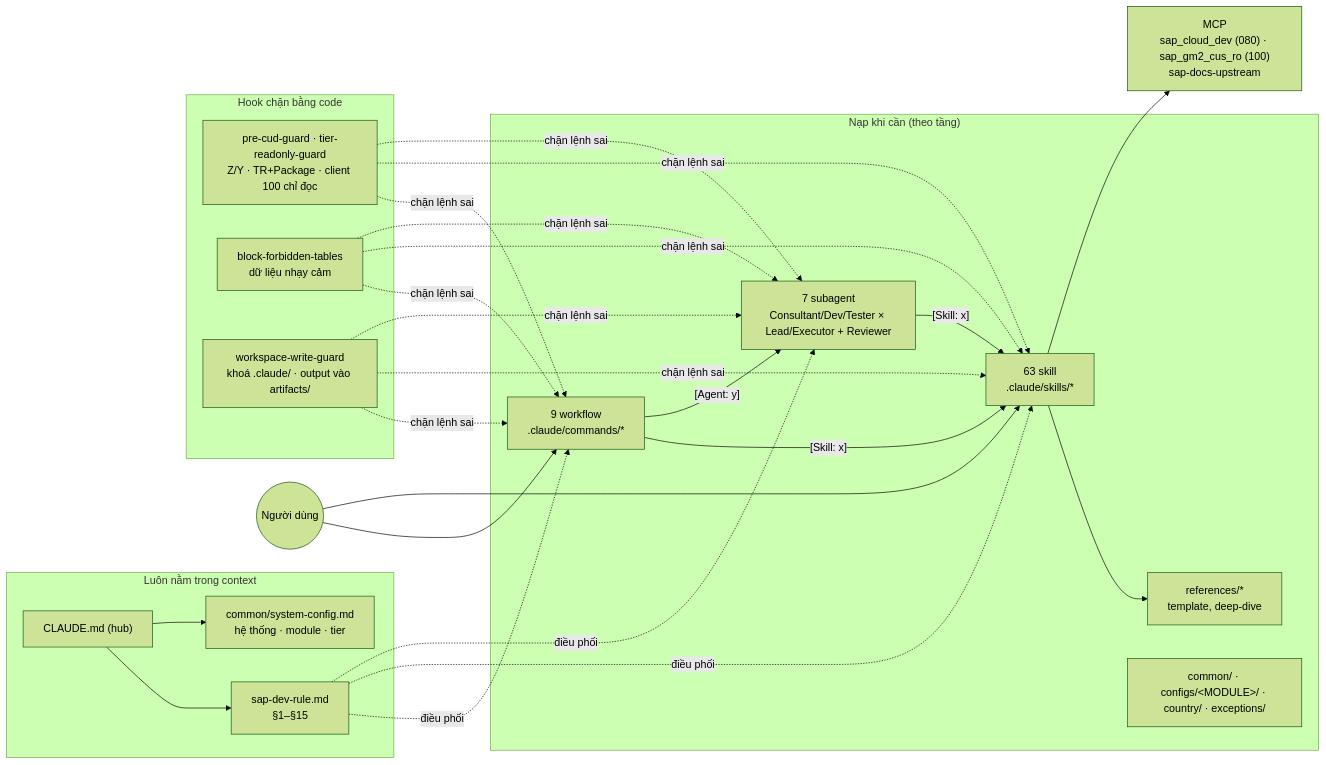
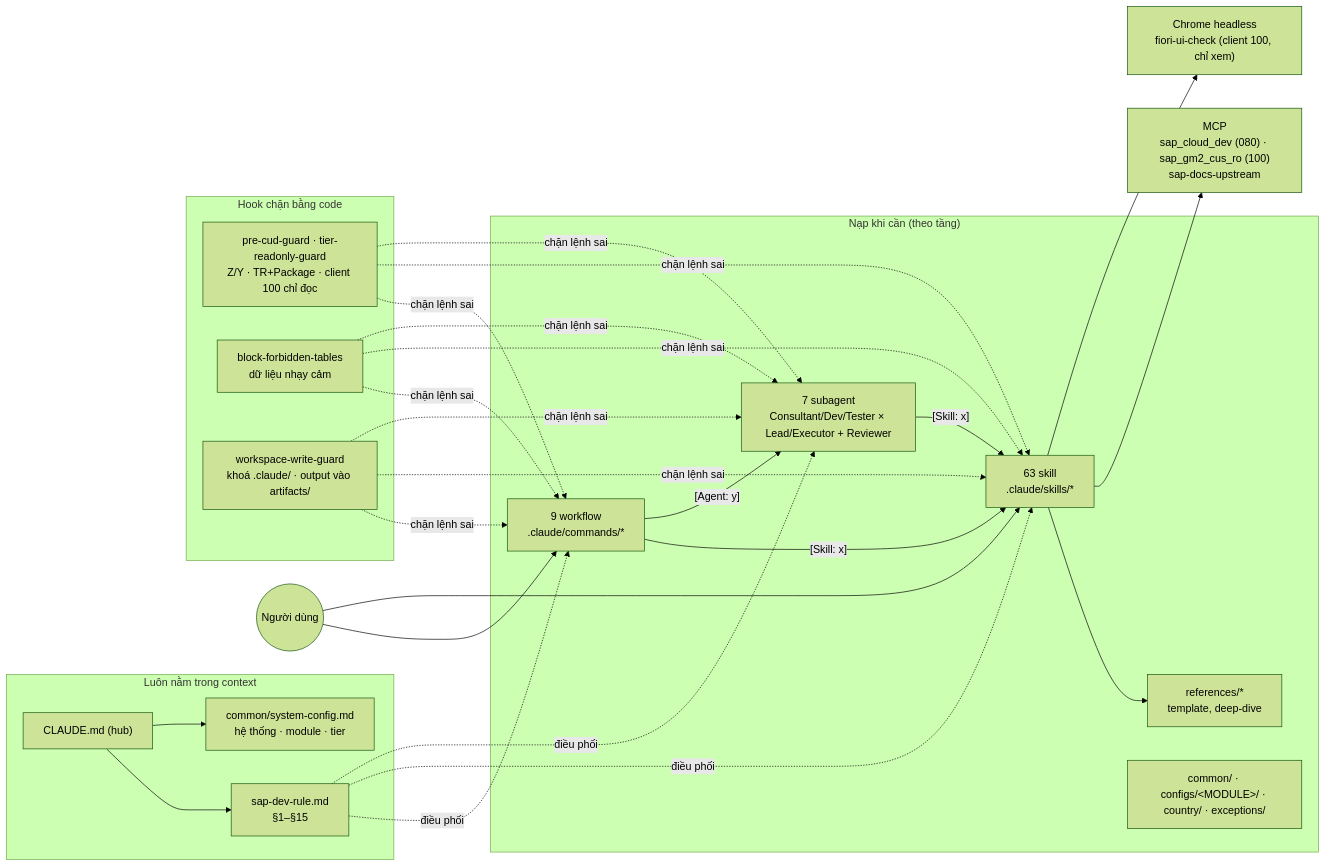
One commit to kienannh0403/sap_cloud_ai_workspace changed the first of 2 diagrams in README.md. Above: the diagram before and after it, drawn with Mermaid (forest theme). The commit also changed other lines of this file, not shown here.

First line of the commit message:
docs: rewrite README for target handbook, versions vs daily checks, fiori-ui-check

````diff
--- a/README.md
+++ b/README.md
@@ -30,26 +30,27 @@
 ```mermaid
 flowchart LR
     subgraph CTX["Luôn nằm trong context"]
         CM["CLAUDE.md (hub)"] --> RULE["sap-dev-rule.md<br/>§1–§15"]
         CM --> CFG["common/system-config.md<br/>hệ thống · module · tier"]
     end
     subgraph ONDEMAND["Nạp khi cần (theo tầng)"]
         SK["63 skill<br/>.claude/skills/*"] --> REF["references/*<br/>template, deep-dive"]
         WF["9 workflow<br/>.claude/commands/*"]
         AG["7 subagent<br/>Consultant/Dev/Tester × Lead/Executor + Reviewer"]
         LAYER["common/ · configs/&lt;MODULE&gt;/ · country/ · exceptions/"]
     end
     subgraph ENFORCE["Hook chặn bằng code"]
         H1["pre-cud-guard · tier-readonly-guard<br/>Z/Y · TR+Package · client 100 chỉ đọc"]
         H2["block-forbidden-tables<br/>dữ liệu nhạy cảm"]
         H3["workspace-write-guard<br/>khoá .claude/ · output vào artifacts/"]
     end
     USER((Người dùng)) --> WF
     USER --> SK
     WF -->|"[Skill: x]"| SK
     WF -->|"[Agent: y]"| AG
     AG -->|"[Skill: x]"| SK
     RULE -.điều phối.-> WF & SK & AG
     H1 & H2 & H3 -.chặn lệnh sai.-> WF & SK & AG
     SK --> MCP["MCP<br/>sap_cloud_dev (080) · sap_gm2_cus_ro (100)<br/>sap-docs-upstream"]
+    SK --> CHR["Chrome headless<br/>fiori-ui-check (client 100, chỉ xem)"]
 ```
````
